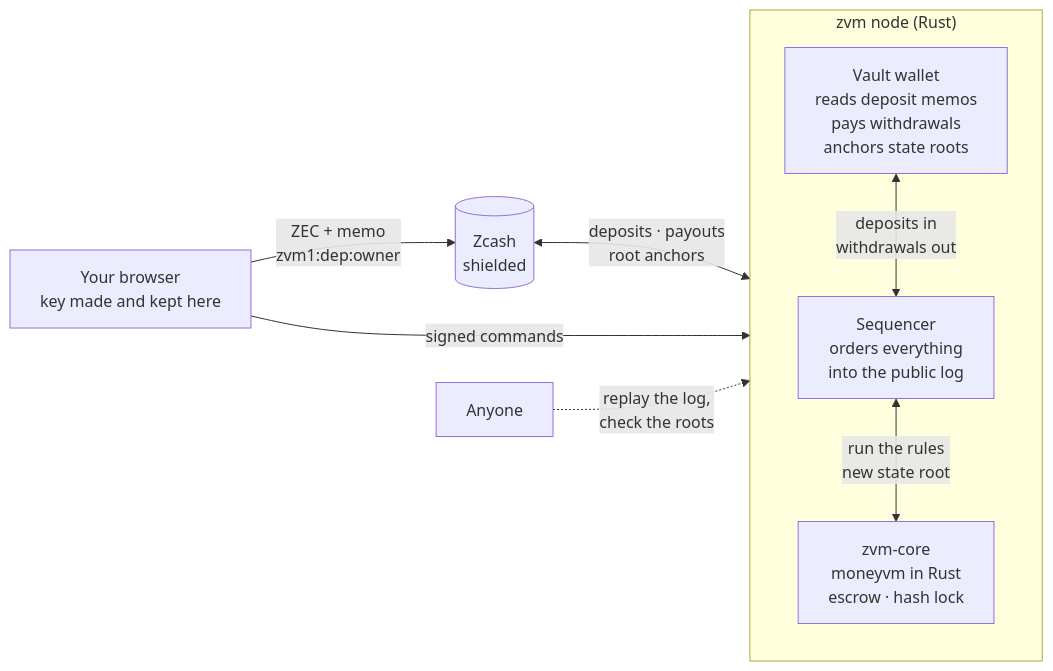
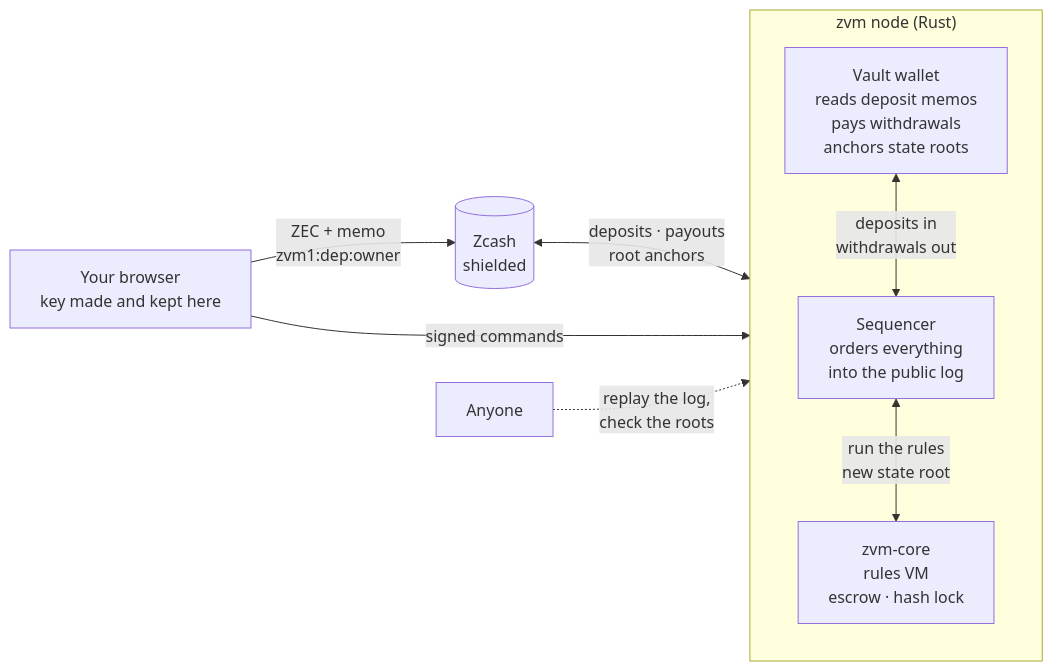
One commit to JFKongphop/zvm changed the diagram in README.md. Above: the diagram before and after it, drawn with Mermaid. The commit also changed other lines of this file, not shown here.

````diff
--- a/README.md
+++ b/README.md
@@ -38,20 +38,20 @@
 ```mermaid
 flowchart LR
   user["Your browser<br/>key made and kept here"]
   zcash[("Zcash<br/>shielded")]
   anyone["Anyone"]
 
   subgraph zvm["zvm node (Rust)"]
     direction TB
     wallet["Vault wallet<br/>reads deposit memos<br/>pays withdrawals<br/>anchors state roots"]
     seq["Sequencer<br/>orders everything<br/>into the public log"]
-    core["zvm-core<br/>moneyvm in Rust<br/>escrow · hash lock"]
+    core["zvm-core<br/>rules VM<br/>escrow · hash lock"]
     wallet <-- "deposits in<br/>withdrawals out" --> seq
     seq <-- "run the rules<br/>new state root" --> core
   end
 
   user -- "ZEC + memo<br/>zvm1:dep:owner" --> zcash
   zcash <-- "deposits · payouts<br/>root anchors" --> wallet
   user -- "signed commands" --> seq
   anyone -. "replay the log,<br/>check the roots" .-> seq
 ```
````
